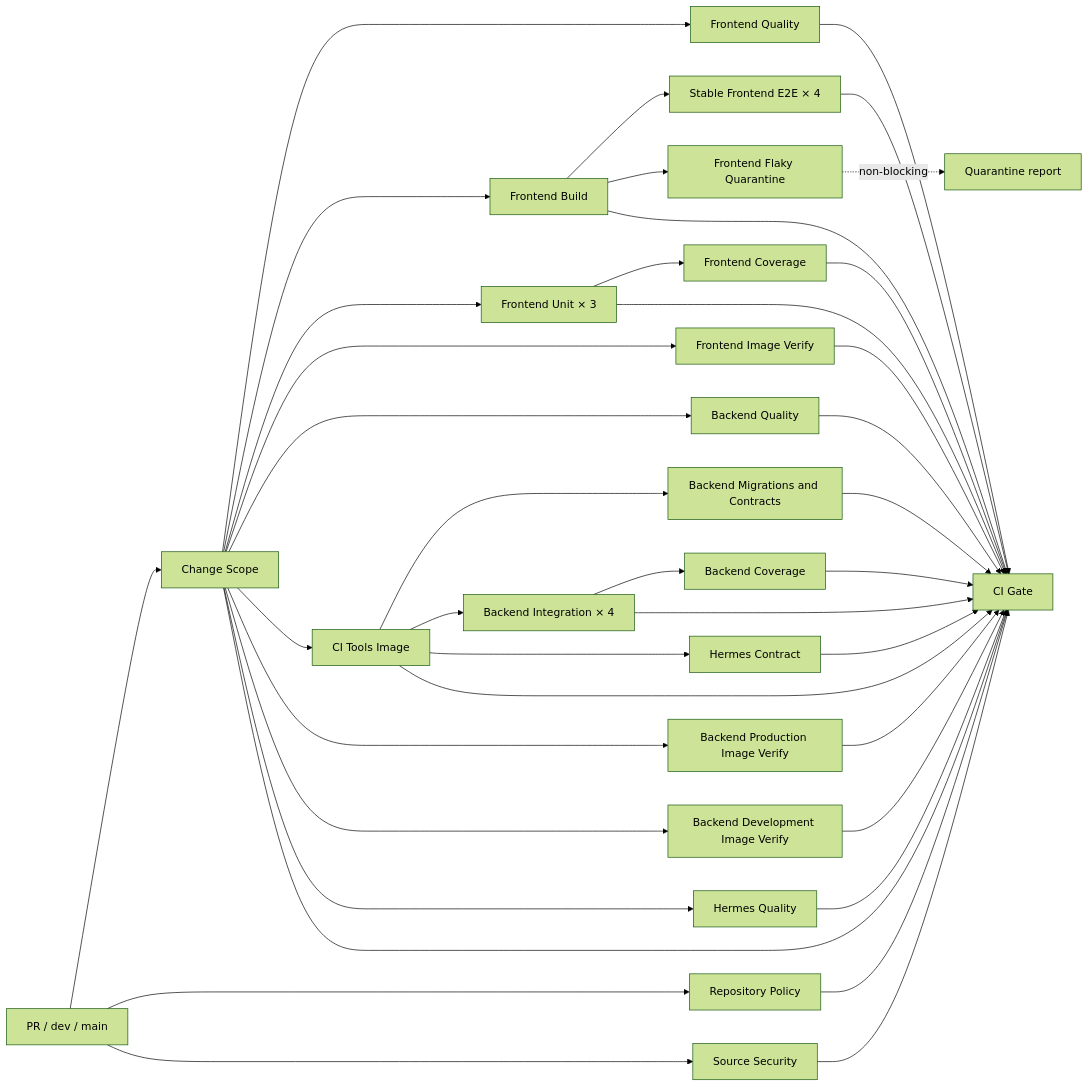
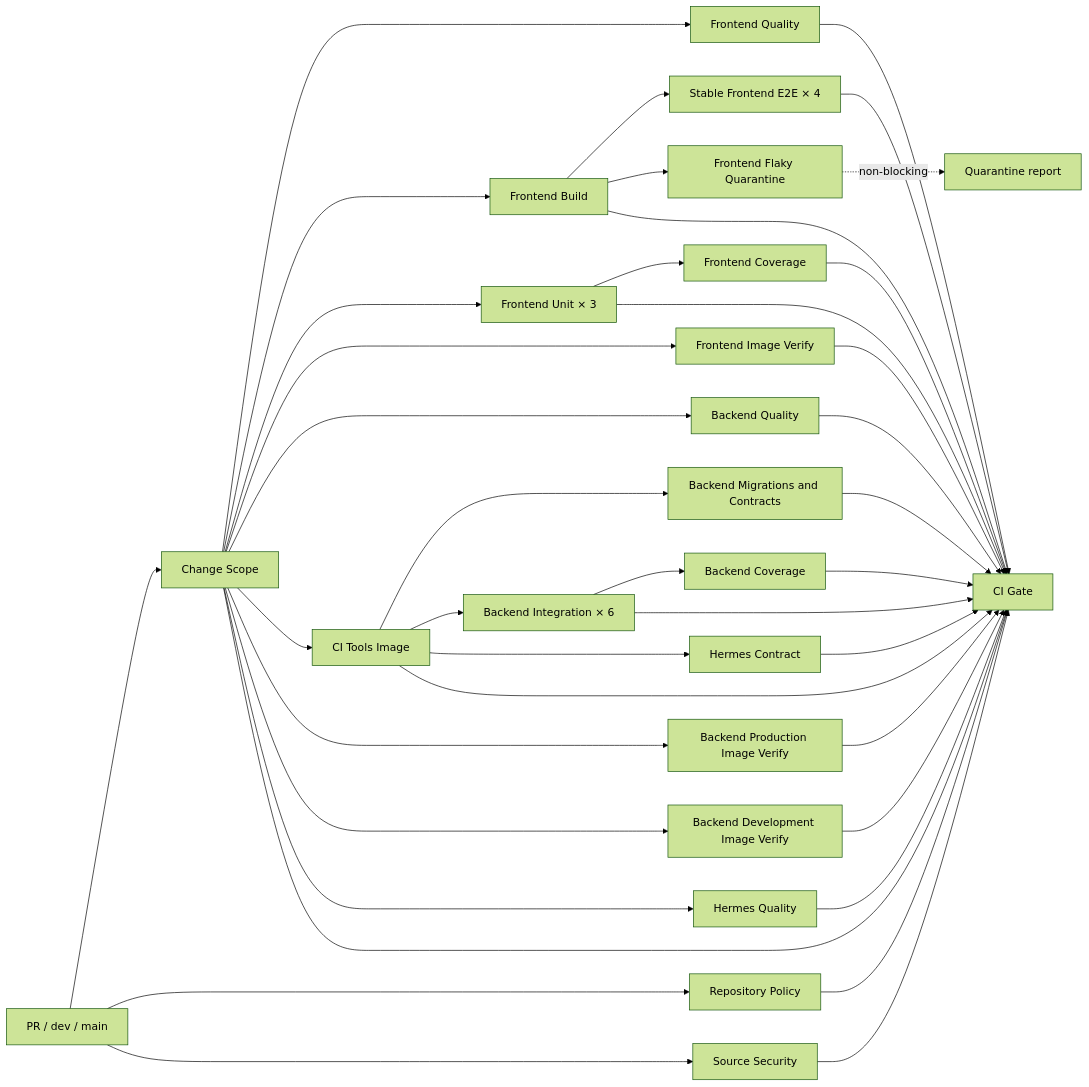
The diagram in .github/CI.md (Livzon-DS-Sector-AI-Innovation/Livzon-NX), drawn with Mermaid (forest theme) before and after one commit. The commit also changed other lines of this file and 5 other files, not shown here.

````diff
--- a/.github/CI.md
+++ b/.github/CI.md
@@ -9,41 +9,41 @@
 ```mermaid
 flowchart LR
   trigger["PR / dev / main"] --> scope["Change Scope"]
   trigger --> policy["Repository Policy"]
   trigger --> security["Source Security"]
   scope --> frontend["Frontend Quality"]
   scope --> frontendBuild["Frontend Build"]
   scope --> unit["Frontend Unit × 3"]
   unit --> coverage["Frontend Coverage"]
   scope --> frontendImage["Frontend Image Verify"]
   frontendBuild --> e2e["Stable Frontend E2E × 4"]
   frontendBuild --> flaky["Frontend Flaky Quarantine"]
   scope --> backend["Backend Quality"]
   scope --> tools["CI Tools Image"]
   tools --> backendMigrations["Backend Migrations and Contracts"]
-  tools --> integration["Backend Integration × 4"]
+  tools --> integration["Backend Integration × 6"]
   integration --> backendCoverage["Backend Coverage"]
   scope --> prodImage["Backend Production Image Verify"]
   scope --> devImage["Backend Development Image Verify"]
   scope --> hermes["Hermes Quality"]
   tools --> contract["Hermes Contract"]
   scope --> gate["CI Gate"]
   policy --> gate
   security --> gate
   frontend --> gate
   frontendBuild --> gate
   unit --> gate
   coverage --> gate
   frontendImage --> gate
   e2e --> gate
   backend --> gate
   tools --> gate
   backendMigrations --> gate
   integration --> gate
   backendCoverage --> gate
   prodImage --> gate
   devImage --> gate
   hermes --> gate
   contract --> gate
   flaky -. non-blocking .-> report["Quarantine report"]
 ```
````
